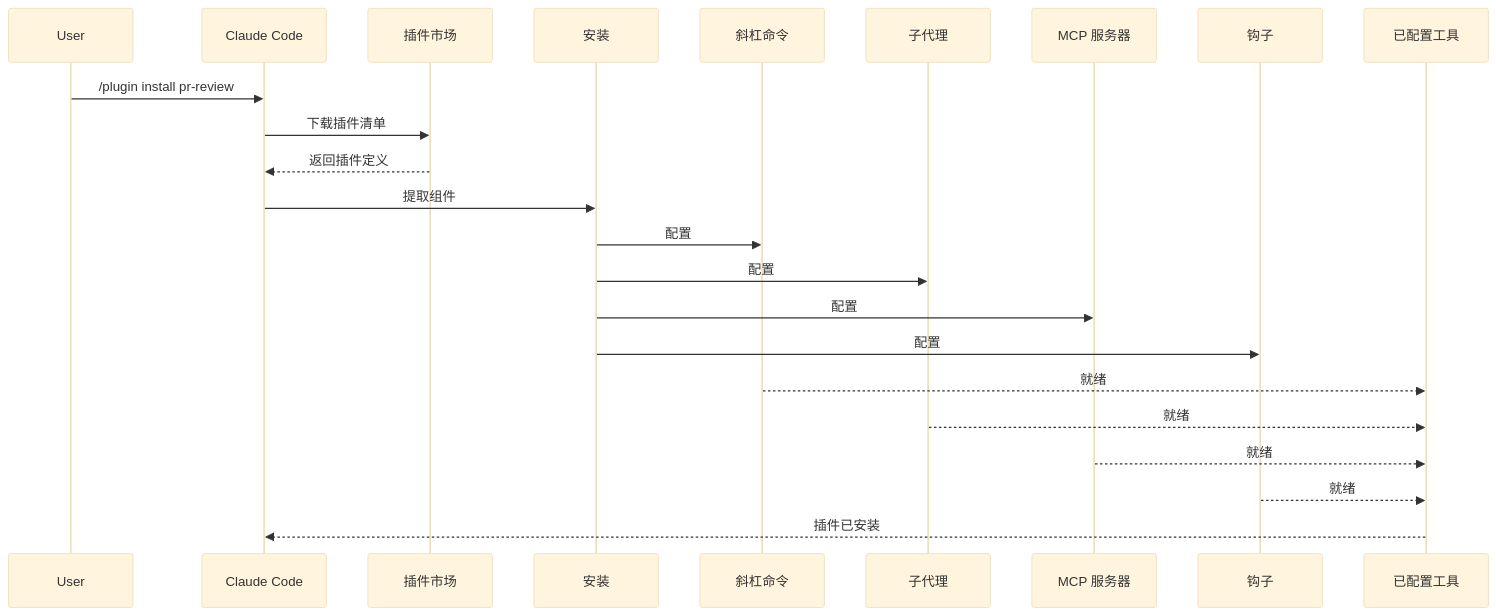
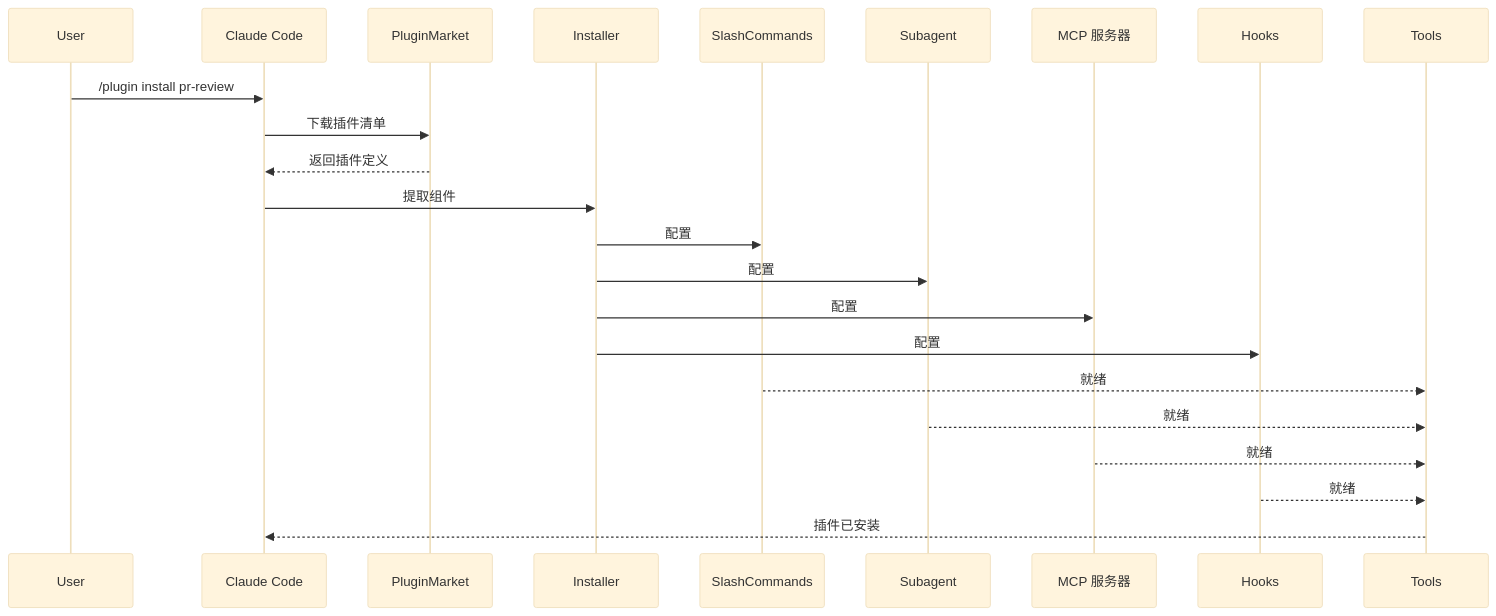
One commit to Rx782-Fss/claude-howto-zh changed diagram 23 of 31 in claude-howto-zh/claude_concepts_guide.md. Above: the diagram before and after it, drawn with Mermaid (base theme). The commit also changed other lines of this file and 3 other files, not shown here.

First line of the commit message:
fix: 清除 sequenceDiagram 中 29处 as 中文别名

````diff
--- a/claude-howto-zh/claude_concepts_guide.md
+++ b/claude-howto-zh/claude_concepts_guide.md
@@ -2184,26 +2184,26 @@
 ```mermaid
 sequenceDiagram
     participant User
     participant Claude as Claude Code
-    participant Plugin as 插件市场
-    participant Install as 安装
-    participant SlashCmds as 斜杠命令
-    participant Subagents as 子代理
+    participant Plugin as PluginMarket
+    participant Install as Installer
+    participant SlashCmds as SlashCommands
+    participant Subagents as Subagent
     participant MCPServers as MCP 服务器
-    participant Hooks as 钩子
-    participant Tools as 已配置工具
+    participant Hooks as Hooks
+    participant Tools as Tools
 
     User->>Claude: /plugin install pr-review
     Claude->>Plugin: 下载插件清单
     Plugin-->>Claude: 返回插件定义
     Claude->>Install: 提取组件
     Install->>SlashCmds: 配置
     Install->>Subagents: 配置
     Install->>MCPServers: 配置
     Install->>Hooks: 配置
     SlashCmds-->>Tools: 就绪
     Subagents-->>Tools: 就绪
     MCPServers-->>Tools: 就绪
     Hooks-->>Tools: 就绪
     Tools-->>Claude: 插件已安装 
 ```
````
